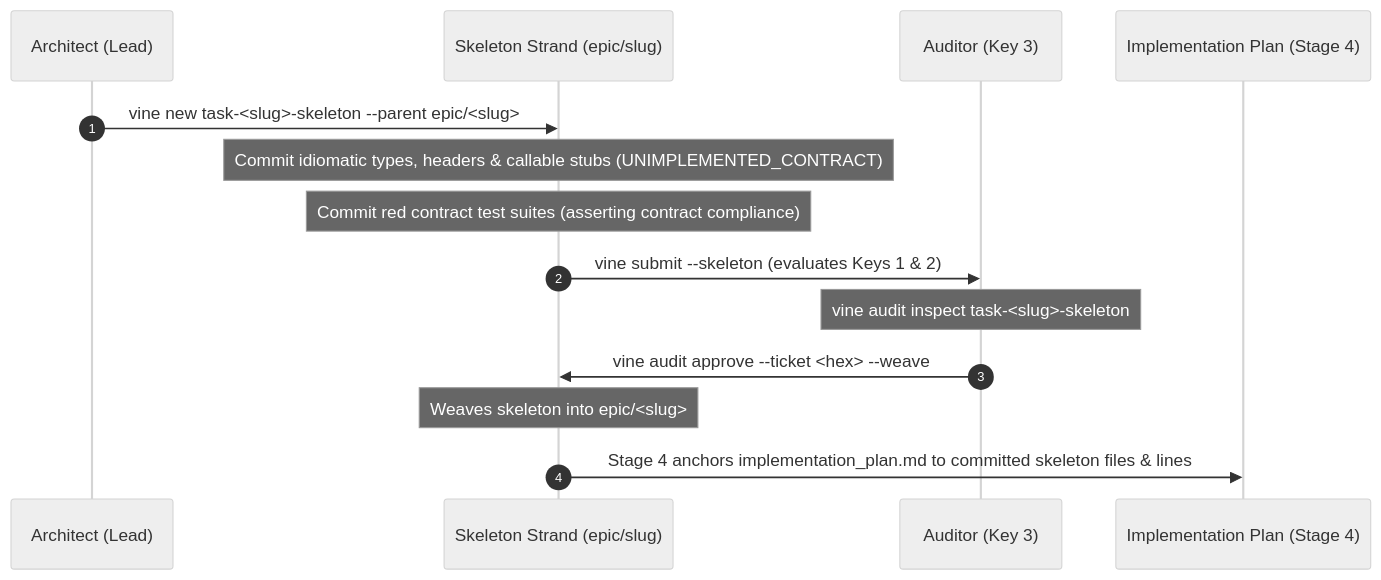
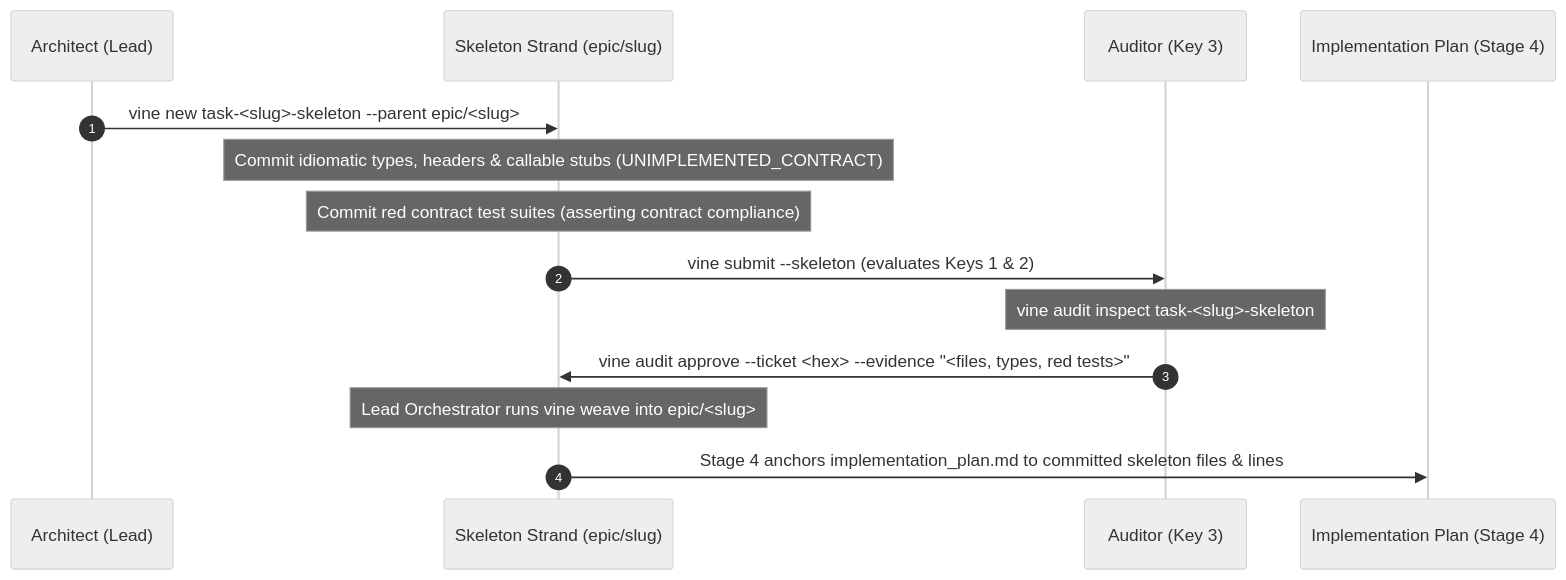
One commit to axiomantic/garden changed the second of 3 diagrams in skills/dialectical-pump/SKILL.md. Above: the diagram before and after it, drawn with Mermaid (neutral theme). The commit also changed other lines of this file and 11 other files, not shown here.

Commit message:
feat: auditor merge-clerk decoupling, single-strand audit isolation, and evidence-bound approval

````diff
--- a/skills/dialectical-pump/SKILL.md
+++ b/skills/dialectical-pump/SKILL.md
@@ -135,17 +135,17 @@
 ```mermaid
 sequenceDiagram
     autonumber
     participant A as Architect (Lead)
     participant S as Skeleton Strand (epic/slug)
     participant V as Auditor (Key 3)
     participant P as Implementation Plan (Stage 4)
 
     A->>S: vine new task-<slug>-skeleton --parent epic/<slug>
     Note over S: Commit idiomatic types, headers & callable stubs (UNIMPLEMENTED_CONTRACT)
     Note over S: Commit red contract test suites (asserting contract compliance)
     S->>V: vine submit --skeleton (evaluates Keys 1 & 2)
     Note over V: vine audit inspect task-<slug>-skeleton
-    V->>S: vine audit approve --ticket <hex> --weave
-    Note over S: Weaves skeleton into epic/<slug>
+    V->>S: vine audit approve --ticket <hex> --evidence "<files, types, red tests>"
+    Note over S: Lead Orchestrator runs vine weave into epic/<slug>
     S->>P: Stage 4 anchors implementation_plan.md to committed skeleton files & lines
 ```
````
